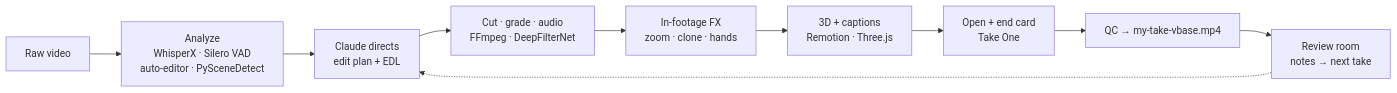
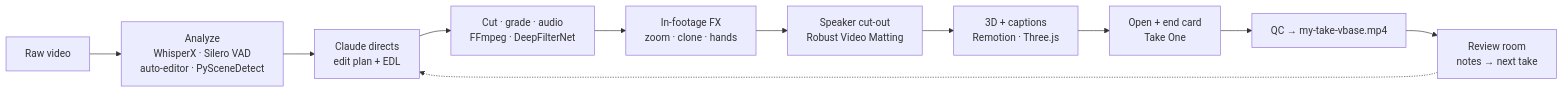
The diagram in README.md (ekanshvcpkg/VBASE), drawn with Mermaid before and after one commit. The commit also changed other lines of this file and 1 other file, not shown here.

First line of the commit message:
README: a starting point you steer with notes; graphics behind you, the buddy, code music, RVM

````diff
--- a/README.md
+++ b/README.md
@@ -89,12 +97,13 @@
 ```mermaid
 flowchart LR
   A[Raw video] --> B[Analyze<br/>WhisperX · Silero VAD<br/>auto-editor · PySceneDetect]
   B --> C[Claude directs<br/>edit plan + EDL]
   C --> D[Cut · grade · audio<br/>FFmpeg · DeepFilterNet]
   D --> E[In-footage FX<br/>zoom · clone · hands]
-  E --> F[3D + captions<br/>Remotion · Three.js]
+  E --> M[Speaker cut-out<br/>Robust Video Matting]
+  M --> F[3D + captions<br/>Remotion · Three.js]
   F --> G[Open + end card<br/>Take One]
   G --> H[QC → my-take-vbase.mp4]
   H --> I[Review room<br/>notes → next take]
   I -.-> C
 ```
````
